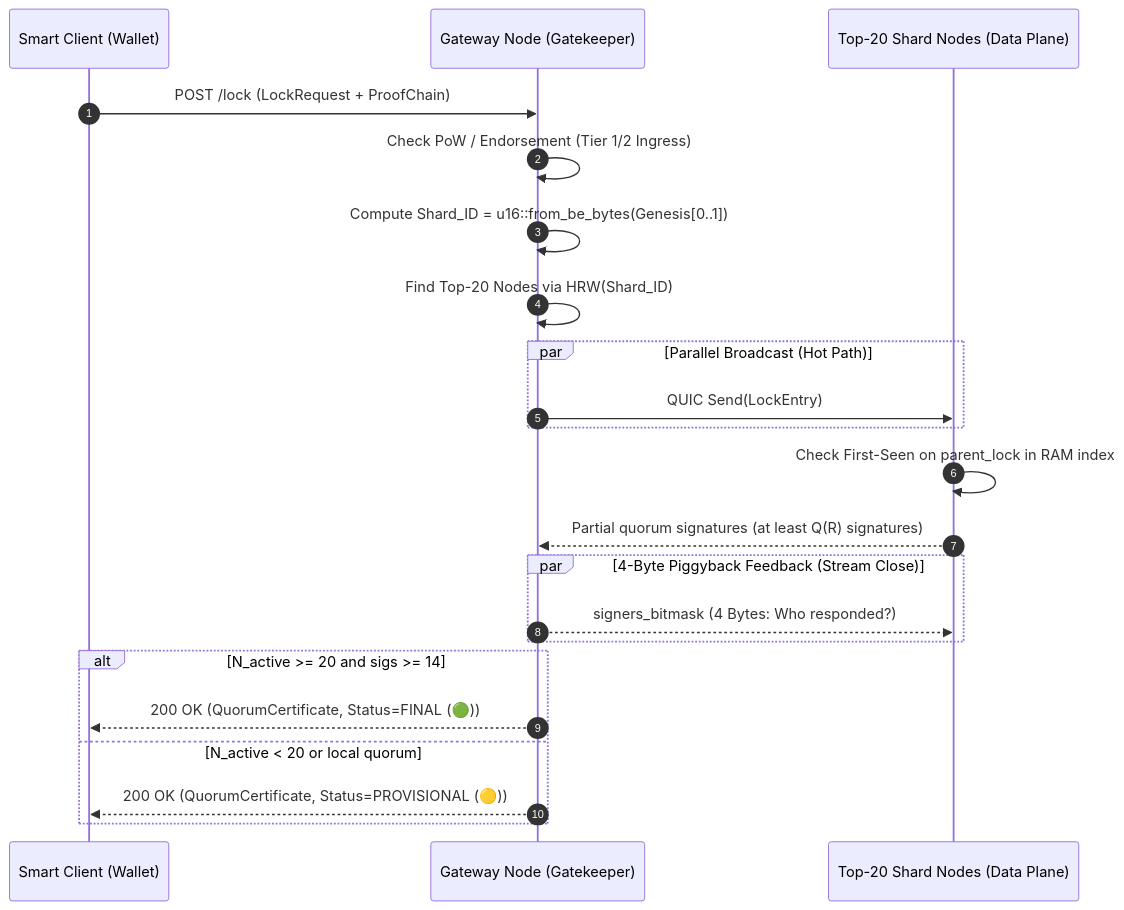
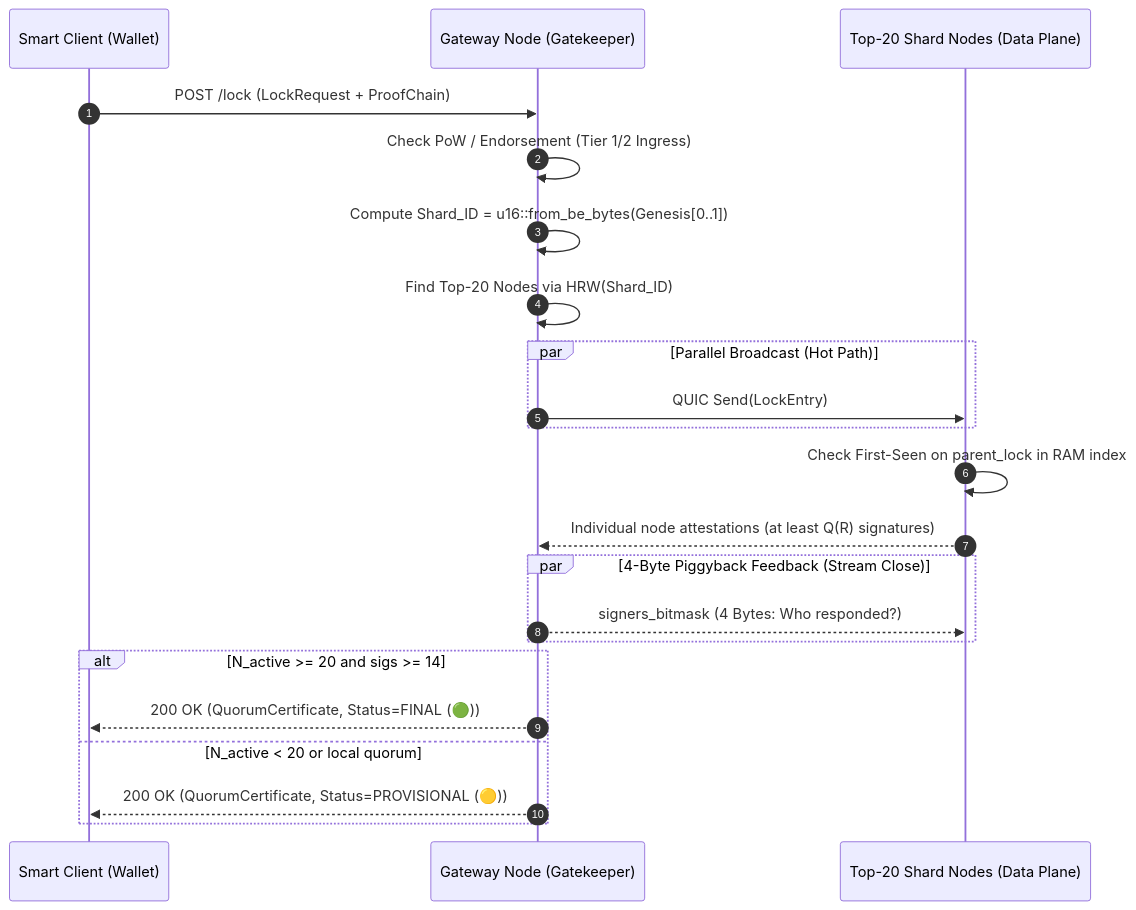
One commit to minutogit/human-money-node changed the second of 6 diagrams in docs/03_routing_und_sharding.md. Above: the diagram before and after it, drawn with Mermaid. The commit also changed 36 other files, not shown here.

Commit message:
docs: align domain terminology and preserve architecture interview progress

````diff
--- a/docs/03_routing_und_sharding.md
+++ b/docs/03_routing_und_sharding.md
@@ -34,29 +34,29 @@
 ```mermaid
 sequenceDiagram
     autonumber
     participant Client as Smart Client (Wallet)
     participant Gateway as Gateway Node (Gatekeeper)
     participant ShardQuorum as Top-20 Shard Nodes (Data Plane)
 
     Client->>Gateway: POST /lock (LockRequest + ProofChain)
     Gateway->>Gateway: Check PoW / Endorsement (Tier 1/2 Ingress)
     Gateway->>Gateway: Compute Shard_ID = u16::from_be_bytes(Genesis[0..1])
     Gateway->>Gateway: Find Top-20 Nodes via HRW(Shard_ID)
     
     par Parallel Broadcast (Hot Path)
         Gateway->>ShardQuorum: QUIC Send(LockEntry)
     end
     
     ShardQuorum->>ShardQuorum: Check First-Seen on parent_lock in RAM index
-    ShardQuorum-->>Gateway: Partial quorum signatures (at least Q(R) signatures)
+    ShardQuorum-->>Gateway: Individual node attestations (at least Q(R) signatures)
     
     par 4-Byte Piggyback Feedback (Stream Close)
         Gateway-->>ShardQuorum: signers_bitmask (4 Bytes: Who responded?)
     end
     
     alt N_active >= 20 and sigs >= 14
         Gateway-->>Client: 200 OK (QuorumCertificate, Status=FINAL (🟢))
     else N_active < 20 or local quorum
         Gateway-->>Client: 200 OK (QuorumCertificate, Status=PROVISIONAL (🟡))
     end
 ```
````
